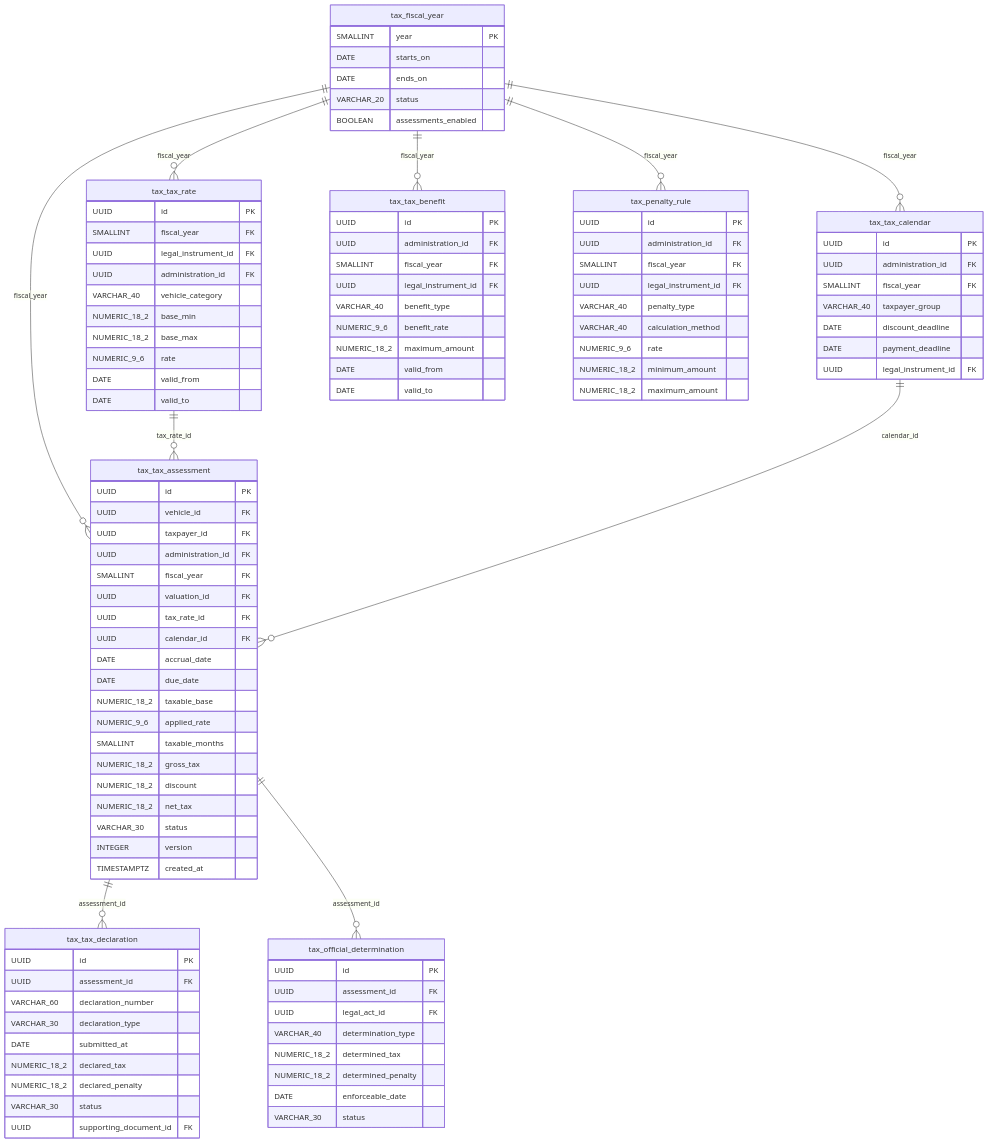
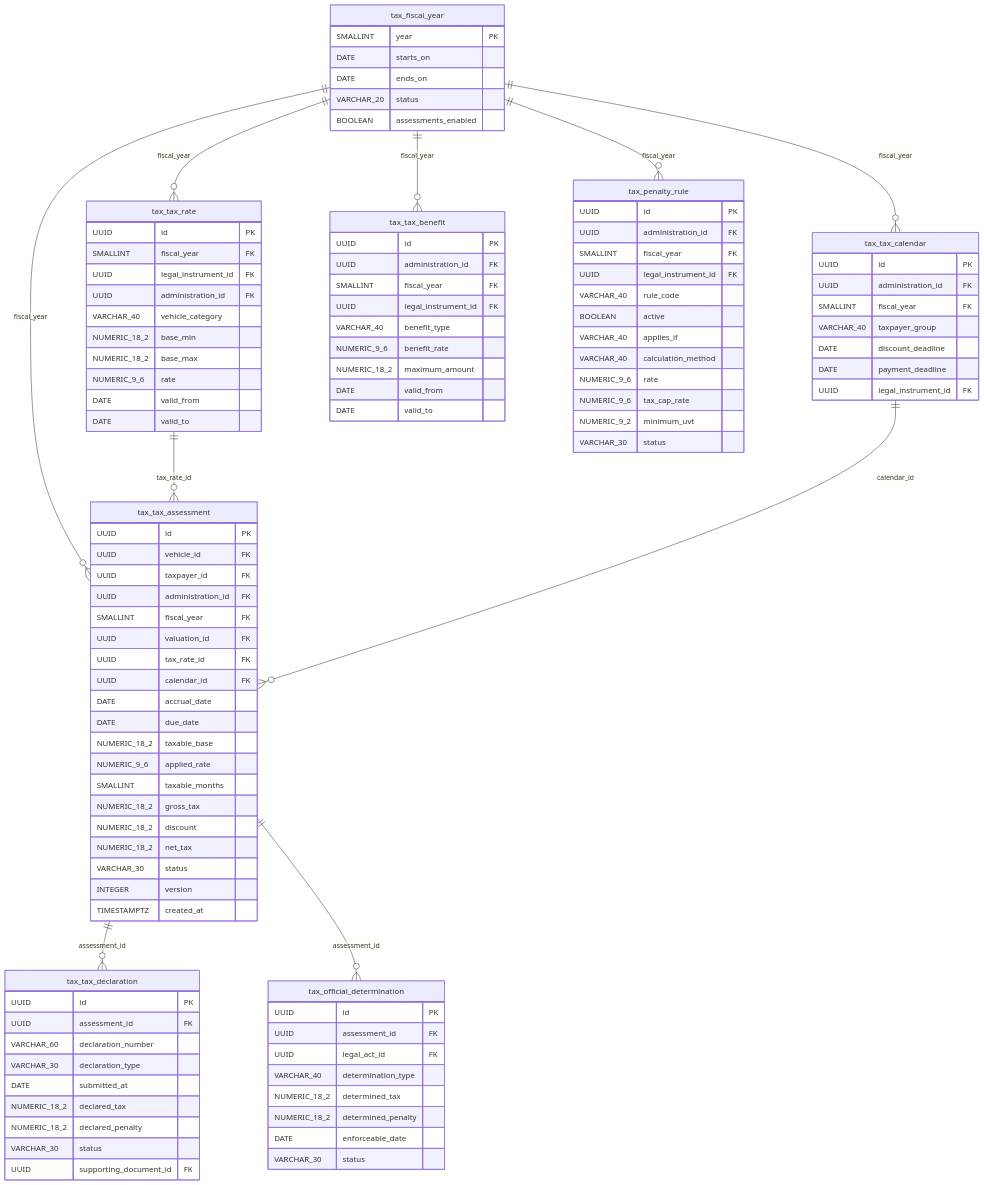
One commit to jorgearaujoSap/liv changed the fifth of 11 diagrams in docs/funcional/ERD_impuesto_vehicular_definitivo_v2_CSV_cartera.md. Above: the diagram before and after it, drawn with Mermaid. The commit also changed other lines of this file, not shown here.

First line of the commit message:
docs(005): ERD 2.2 con cartera y recaudo (R2) (#156)

```diff
--- a/docs/funcional/ERD_impuesto_vehicular_definitivo_v2_CSV_cartera.md
+++ b/docs/funcional/ERD_impuesto_vehicular_definitivo_v2_CSV_cartera.md
@@ -466,11 +475,14 @@
         UUID administration_id FK
         SMALLINT fiscal_year FK
         UUID legal_instrument_id FK
-        VARCHAR_40 penalty_type
+        VARCHAR_40 rule_code
+        BOOLEAN active
+        VARCHAR_40 applies_if
         VARCHAR_40 calculation_method
         NUMERIC_9_6 rate
-        NUMERIC_18_2 minimum_amount
-        NUMERIC_18_2 maximum_amount
+        NUMERIC_9_6 tax_cap_rate
+        NUMERIC_9_2 minimum_uvt
+        VARCHAR_30 status
     }
     tax_tax_assessment {
         UUID id PK
```
